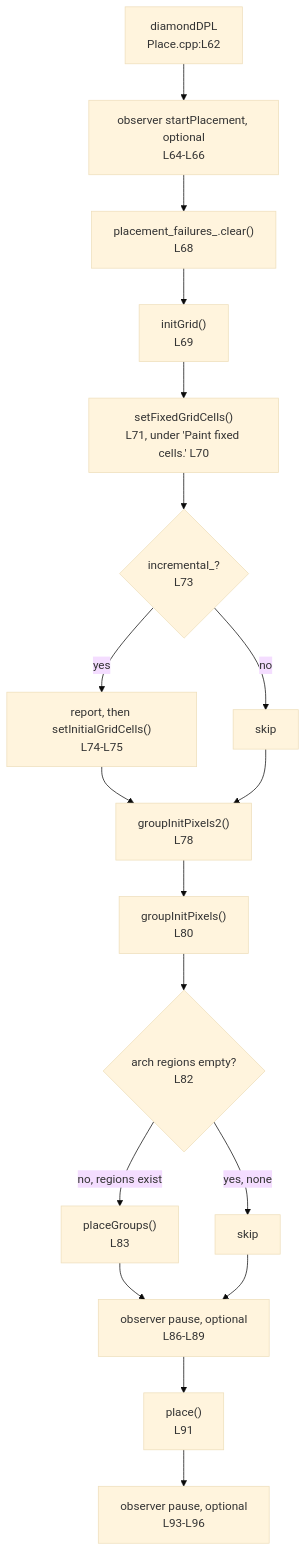
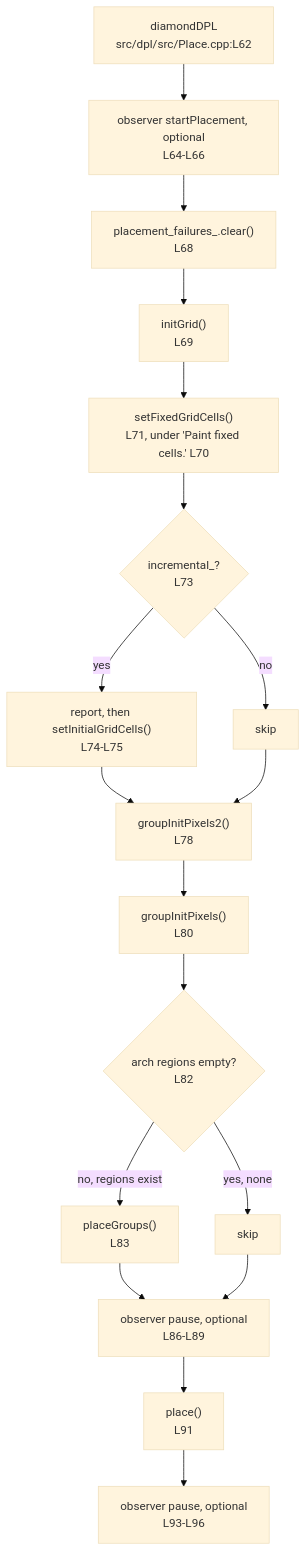
Before and after one commit to blitzy-research/OpenROAD: the eighth of 8 diagrams in src/dpl/doc/LegalizationAlgorithm.md, drawn with Mermaid (base theme). The commit also changed other lines of this file and 3 other files, not shown here.

````diff
--- a/src/dpl/doc/LegalizationAlgorithm.md
+++ b/src/dpl/doc/LegalizationAlgorithm.md
@@ -2339,20 +2339,20 @@
 ```mermaid
 flowchart TD
-    A["diamondDPL<br/>Place.cpp:L62"] --> B["observer startPlacement, optional<br/>L64-L66"]
+    A["diamondDPL<br/>src/dpl/src/Place.cpp:L62"] --> B["observer startPlacement, optional<br/>L64-L66"]
     B --> C["placement_failures_.clear()<br/>L68"]
     C --> D["initGrid()<br/>L69"]
     D --> E["setFixedGridCells()<br/>L71, under 'Paint fixed cells.' L70"]
     E --> F{"incremental_?<br/>L73"}
     F -->|yes| G["report, then setInitialGridCells()<br/>L74-L75"]
     F -->|no| H["skip"]
     G --> I["groupInitPixels2()<br/>L78"]
     H --> I
     I --> J["groupInitPixels()<br/>L80"]
     J --> K{"arch regions empty?<br/>L82"}
     K -->|no, regions exist| L["placeGroups()<br/>L83"]
     K -->|yes, none| M["skip"]
     L --> N["observer pause, optional<br/>L86-L89"]
     M --> N
     N --> O["place()<br/>L91"]
     O --> P["observer pause, optional<br/>L93-L96"]
 ```
````
